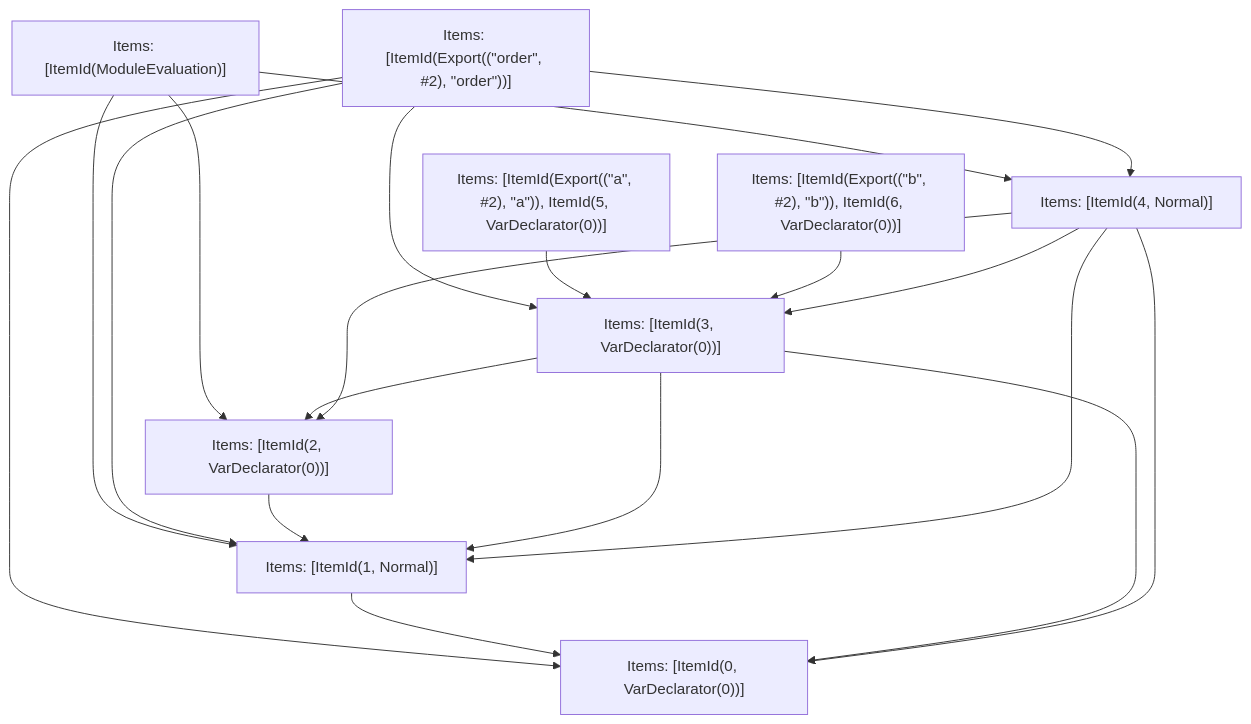
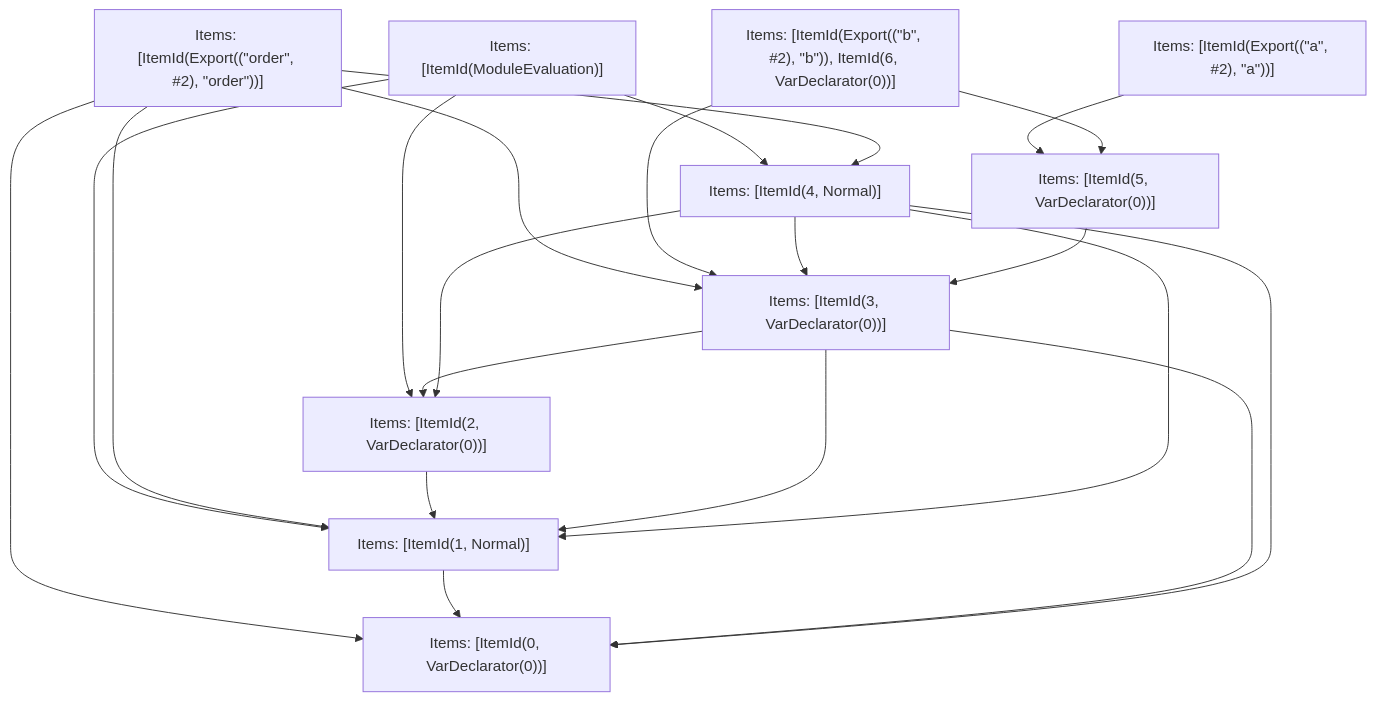
Before and after one commit to vercel/turborepo: the fifth of 5 diagrams in crates/turbopack-ecmascript/tests/tree-shaker/analyzer/shared-regression/output.md, drawn with Mermaid. The commit also changed other lines of this file and 5 other files, not shown here.

````diff
--- a/crates/turbopack-ecmascript/tests/tree-shaker/analyzer/shared-regression/output.md
+++ b/crates/turbopack-ecmascript/tests/tree-shaker/analyzer/shared-regression/output.md
@@ -221,30 +224,33 @@
 ```mermaid
 graph TD
     N0["Items: [ItemId(ModuleEvaluation)]"];
     N1["Items: [ItemId(Export((&quot;order&quot;, #2), &quot;order&quot;))]"];
-    N2["Items: [ItemId(Export((&quot;a&quot;, #2), &quot;a&quot;)), ItemId(5, VarDeclarator(0))]"];
+    N2["Items: [ItemId(Export((&quot;a&quot;, #2), &quot;a&quot;))]"];
     N3["Items: [ItemId(Export((&quot;b&quot;, #2), &quot;b&quot;)), ItemId(6, VarDeclarator(0))]"];
     N4["Items: [ItemId(0, VarDeclarator(0))]"];
     N5["Items: [ItemId(1, Normal)]"];
     N6["Items: [ItemId(2, VarDeclarator(0))]"];
     N7["Items: [ItemId(3, VarDeclarator(0))]"];
     N8["Items: [ItemId(4, Normal)]"];
+    N9["Items: [ItemId(5, VarDeclarator(0))]"];
     N0 --> N5;
     N0 --> N6;
     N0 --> N8;
     N1 --> N4;
     N1 --> N5;
     N1 --> N7;
     N1 --> N8;
-    N2 --> N7;
+    N2 --> N9;
     N3 --> N7;
+    N3 --> N9;
     N5 --> N4;
     N6 --> N5;
     N7 --> N6;
     N7 --> N4;
     N7 --> N5;
     N8 --> N4;
     N8 --> N5;
     N8 --> N7;
     N8 --> N6;
+    N9 --> N7;
 ```
````
